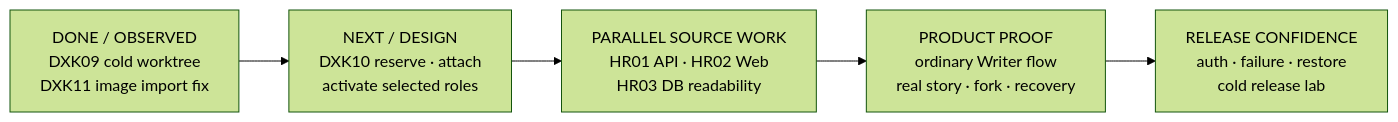
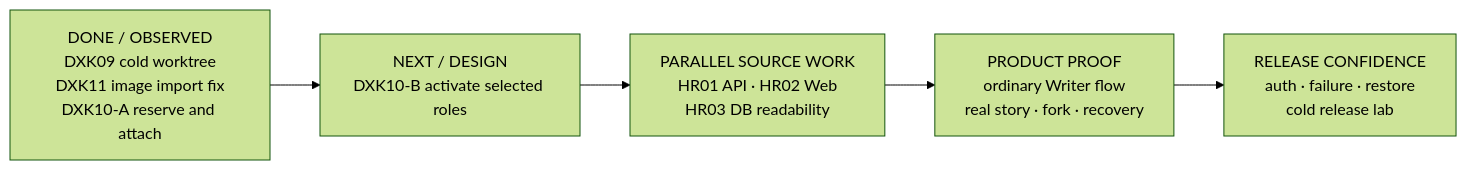
One commit to DenisSkulovic/offscreen-rpg changed the first of 2 diagrams in work/undertakings/storyteller-workshop/OVERVIEW.md. Above: the diagram before and after it, drawn with Mermaid (forest theme). The commit also changed other lines of this file and 26 other files, not shown here.

First line of the commit message:
feat(DXK10A): reserve an idle dev identity and attach it explicitly

````diff
--- a/work/undertakings/storyteller-workshop/OVERVIEW.md
+++ b/work/undertakings/storyteller-workshop/OVERVIEW.md
@@ -16,7 +16,7 @@
 ```mermaid
 flowchart LR
-  D["DONE / OBSERVED<br/>DXK09 cold worktree<br/>DXK11 image import fix"] --> N["NEXT / DESIGN<br/>DXK10 reserve · attach<br/>activate selected roles"]
+  D["DONE / OBSERVED<br/>DXK09 cold worktree<br/>DXK11 image import fix<br/>DXK10-A reserve and attach"] --> N["NEXT / DESIGN<br/>DXK10-B activate selected roles"]
   N --> H["PARALLEL SOURCE WORK<br/>HR01 API · HR02 Web<br/>HR03 DB readability"]
   H --> P["PRODUCT PROOF<br/>ordinary Writer flow<br/>real story · fork · recovery"]
   P --> R["RELEASE CONFIDENCE<br/>auth · failure · restore<br/>cold release lab"]
 ```
````
